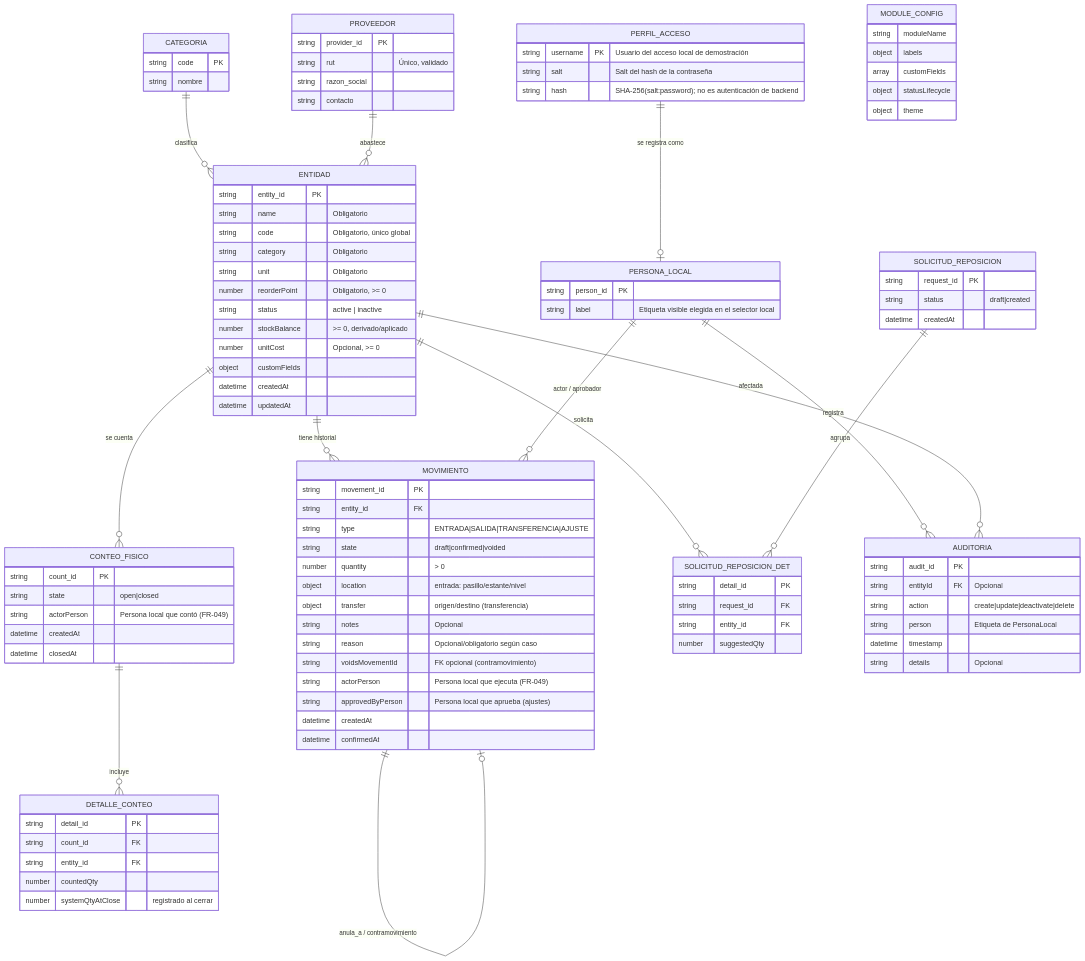
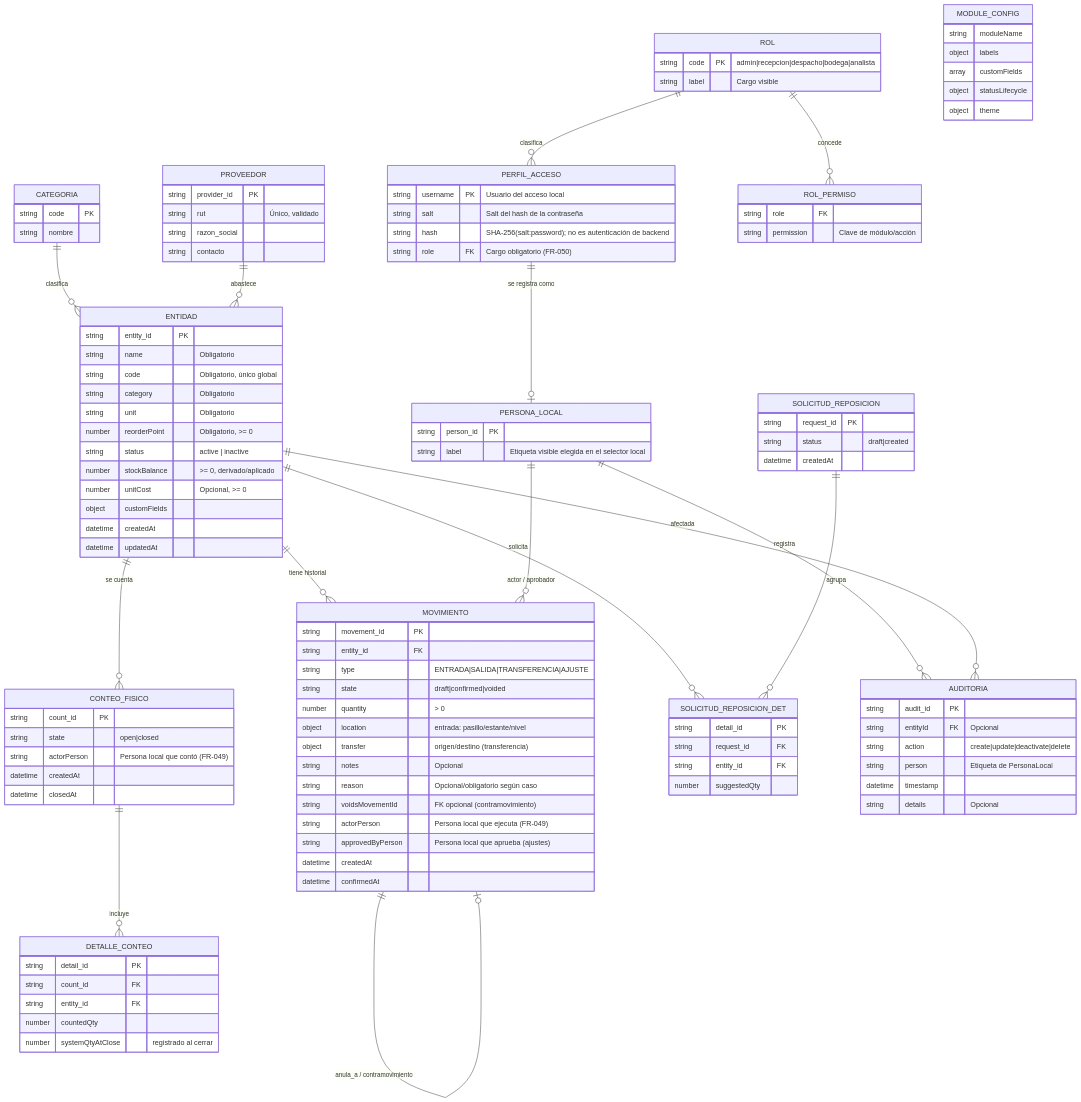
One commit to MDS-BI/Grupo-03 changed the diagram in specs/001-erp-base-module/data-model.md. Above: the diagram before and after it, drawn with Mermaid. The commit also changed other lines of this file and 12 other files, not shown here.

```diff
--- a/specs/001-erp-base-module/data-model.md
+++ b/specs/001-erp-base-module/data-model.md
@@ -17,6 +17,8 @@
     SOLICITUD_REPOSICION ||--o{ SOLICITUD_REPOSICION_DET : "agrupa"
     MOVIMIENTO ||--o| MOVIMIENTO : "anula_a / contramovimiento"
     PERFIL_ACCESO ||--o| PERSONA_LOCAL : "se registra como"
+    ROL ||--o{ PERFIL_ACCESO : "clasifica"
+    ROL ||--o{ ROL_PERMISO : "concede"
     PERSONA_LOCAL ||--o{ MOVIMIENTO : "actor / aprobador"
     PERSONA_LOCAL ||--o{ AUDITORIA : "registra"
     ENTIDAD ||--o{ AUDITORIA : "afectada"
@@ -71,9 +73,20 @@
     }
 
     PERFIL_ACCESO {
-        string username PK "Usuario del acceso local de demostración"
+        string username PK "Usuario del acceso local"
         string salt "Salt del hash de la contraseña"
         string hash "SHA-256(salt:password); no es autenticación de backend"
+        string role FK "Cargo obligatorio (FR-050)"
+    }
+
+    ROL {
+        string code PK "admin|recepcion|despacho|bodega|analista"
+        string label "Cargo visible"
+    }
+
+    ROL_PERMISO {
+        string role FK
+        string permission "Clave de módulo/acción"
     }
 
     AUDITORIA {
```
